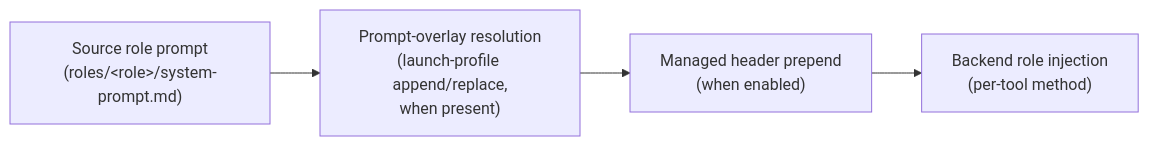
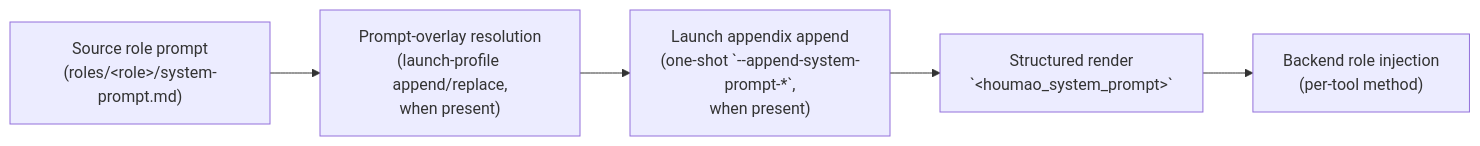
The diagram in docs/reference/run-phase/managed-prompt-header.md (igamenovoer/houmao), drawn with Mermaid before and after one commit. The commit also changed other lines of this file and 29 other files, not shown here.

Commit message:
feat: add launch-time system prompt appendix

````diff
--- a/docs/reference/run-phase/managed-prompt-header.md
+++ b/docs/reference/run-phase/managed-prompt-header.md
@@ -33,7 +46,8 @@
 ```mermaid
 flowchart LR
     A["Source role prompt<br/>(roles/&lt;role&gt;/system-prompt.md)"] --> B
     B["Prompt-overlay resolution<br/>(launch-profile append/replace,<br/>when present)"] --> C
-    C["Managed header prepend<br/>(when enabled)"] --> D
-    D["Backend role injection<br/>(per-tool method)"]
+    C["Launch appendix append<br/>(one-shot `--append-system-prompt-*`,<br/>when present)"] --> D
+    D["Structured render<br/>`&lt;houmao_system_prompt&gt;`"] --> E
+    E["Backend role injection<br/>(per-tool method)"]
 ```
````
